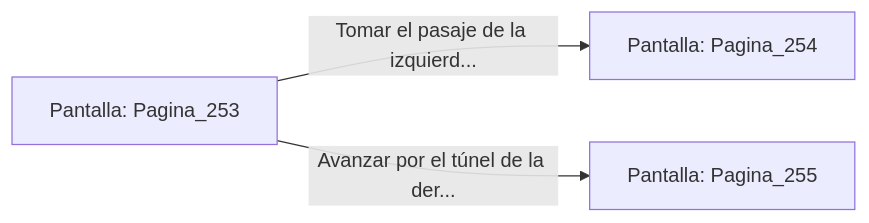
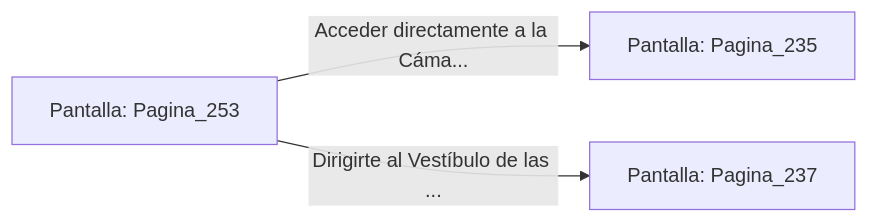
The diagram in sample/eligejuego-vault/Pantalla_Pagina_253.md (metsuke/mpl), drawn with Mermaid before and after one commit. The commit also changed other lines of this file and 635 other files, not shown here.

First line of the commit message:
fix: añadir Pagina_1 como pantalla inicial en capitulo_01.mpl

````diff
--- a/sample/eligejuego-vault/Pantalla_Pagina_253.md
+++ b/sample/eligejuego-vault/Pantalla_Pagina_253.md
@@ -20,6 +24,6 @@
 ```mermaid
 graph LR
     P_Pagina_253["Pantalla: Pagina_253"]
-    P_Pagina_253 -->|"Tomar el pasaje de la izquierd..."| P_Pagina_254["Pantalla: Pagina_254"]
-    P_Pagina_253 -->|"Avanzar por el túnel de la der..."| P_Pagina_255["Pantalla: Pagina_255"]
+    P_Pagina_253 -->|"Acceder directamente a la Cáma..."| P_Pagina_235["Pantalla: Pagina_235"]
+    P_Pagina_253 -->|"Dirigirte al Vestíbulo de las ..."| P_Pagina_237["Pantalla: Pagina_237"]
 ```
````
